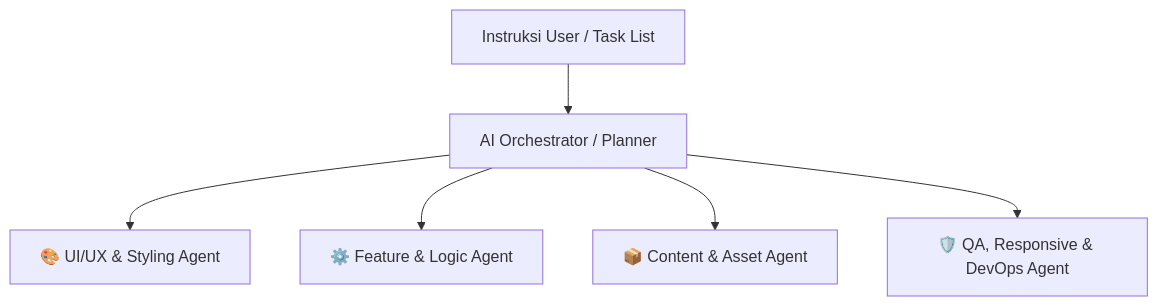
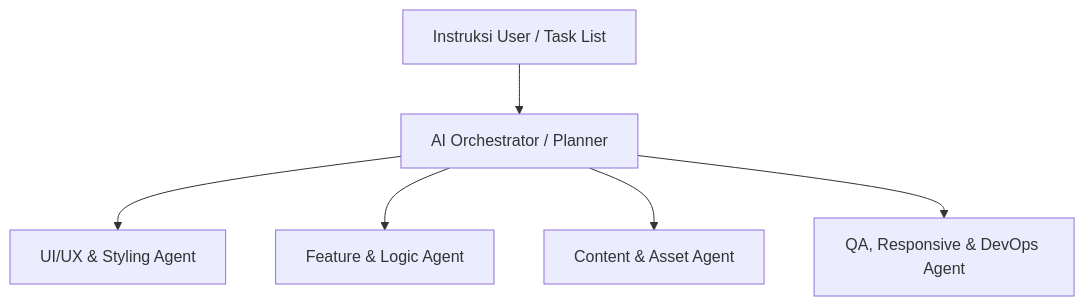
The diagram in .agent/SUB_AGENT_RULES.md (masjidsophiajatiwarna-wq/web-masjid-sophia-jatiwarna), drawn with Mermaid before and after one commit. The commit also changed other lines of this file and 118 other files, not shown here.

````diff
--- a/.agent/SUB_AGENT_RULES.md
+++ b/.agent/SUB_AGENT_RULES.md
@@ -30,8 +34,8 @@
 ```mermaid
 graph TD
     UserRequest[Instruksi User / Task List] --> Orchestrator[AI Orchestrator / Planner]
-    Orchestrator --> Domain1[🎨 UI/UX & Styling Agent]
-    Orchestrator --> Domain2[⚙️ Feature & Logic Agent]
-    Orchestrator --> Domain3[📦 Content & Asset Agent]
-    Orchestrator --> Domain4[🛡️ QA, Responsive & DevOps Agent]
+    Orchestrator --> Domain1[UI/UX & Styling Agent]
+    Orchestrator --> Domain2[Feature & Logic Agent]
+    Orchestrator --> Domain3[Content & Asset Agent]
+    Orchestrator --> Domain4[QA, Responsive & DevOps Agent]
 ```
````
